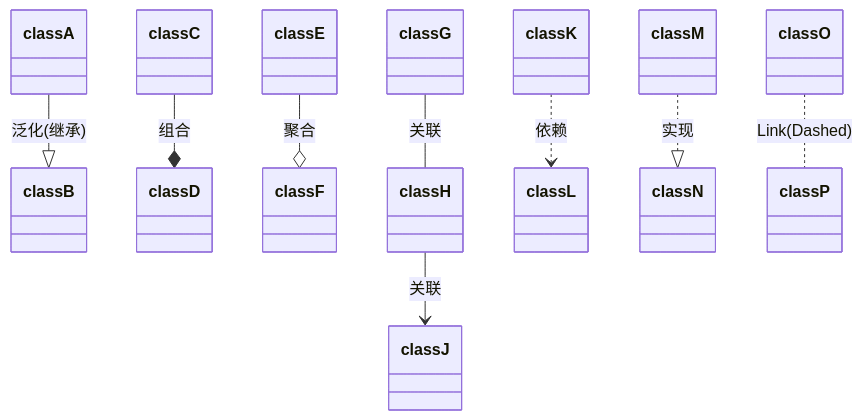
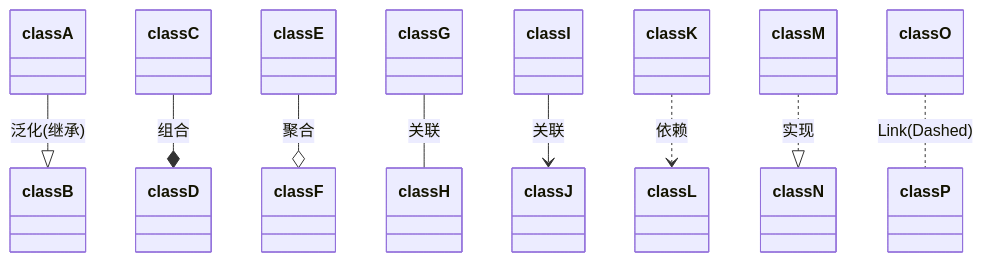
The first of 21 diagrams in docs/java/DesignPattern.md (Meinil/Meinil.github.io), drawn with Mermaid before and after one commit. The commit also changed other lines of this file, not shown here.

````diff
--- a/docs/java/DesignPattern.md
+++ b/docs/java/DesignPattern.md
@@ -28,11 +40,11 @@
 ```mermaid
 classDiagram
 classA --|> classB : 泛化(继承)
 classC --* classD : 组合
 classE --o classF : 聚合
 classG -- classH : 关联
-classH --> classJ : 关联
+classI --> classJ : 关联
 classK ..> classL : 依赖
 classM ..|> classN : 实现
 classO .. classP : Link(Dashed)
 ```
````
